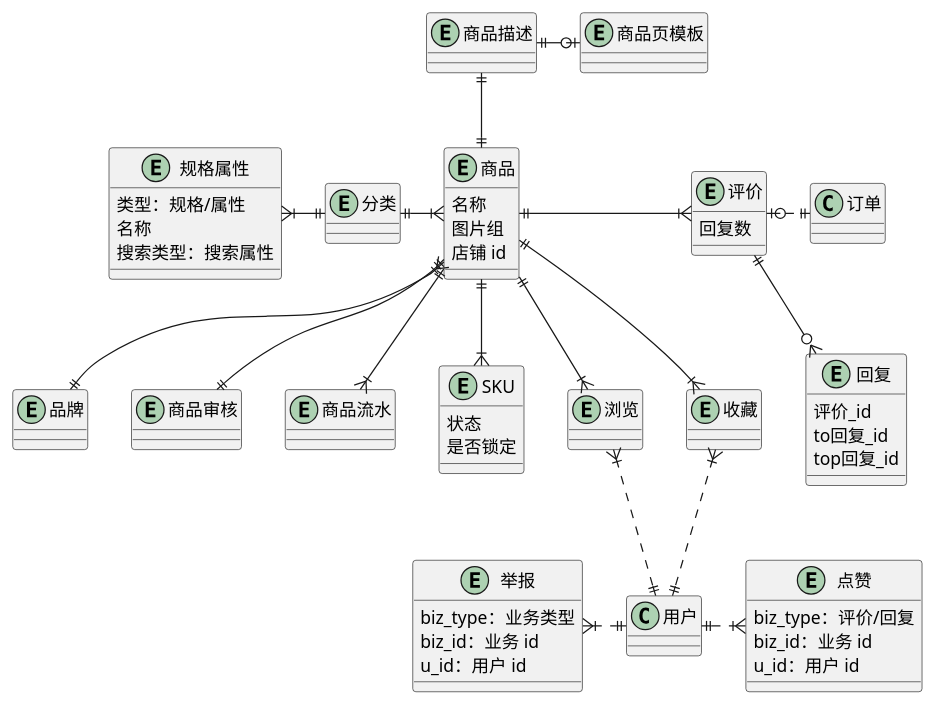
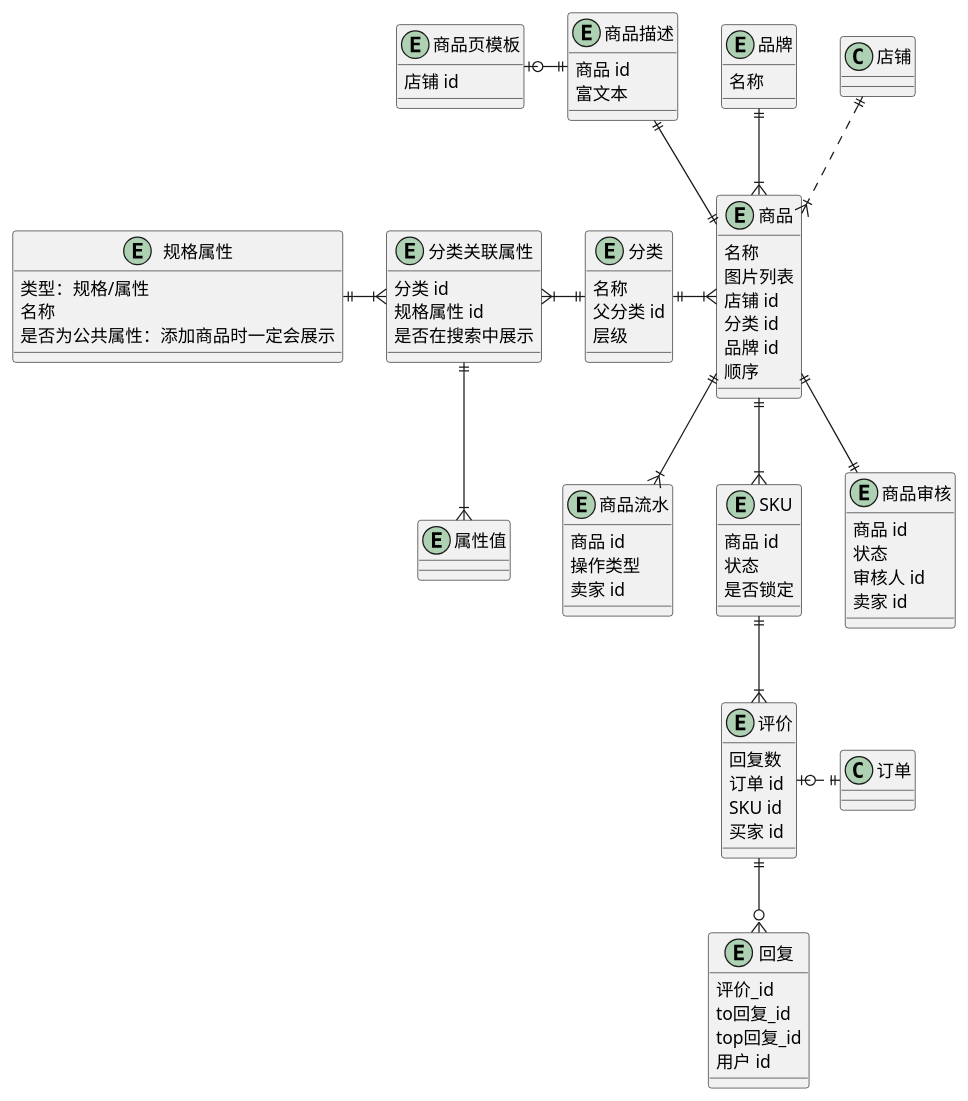
The diagram in 商品.wsd (awesomecat2020/mock-mall), drawn with PlantUML before and after one commit. The commit also changed 4 other files, not shown here.

Commit message:
modify UML

```diff
--- a/商品.wsd
+++ b/商品.wsd
@@ -1,83 +1,86 @@
-@startuml
+@startuml 商品UML
 
 entity 商品 {
     名称
-    图片组
+    图片列表
     店铺 id
+    分类 id
+    品牌 id
+    顺序
+}
+entity 分类 {
+    名称
+    父分类 id
+    层级
+}
+entity 规格属性 {
+    ' 分类不同，规则属性不同
+    类型：规格/属性
+    名称
+    是否为公共属性：添加商品时一定会展示
+}
+entity 分类关联属性 {
+    分类 id
+    规格属性 id
+    是否在搜索中展示
+}
+entity 属性值 {
 
 }
-entity 分类 {
-    
-}
-entity 规格属性 {
-    类型：规格/属性
+entity 品牌 {
     名称
-    搜索类型：搜索属性
-}
-entity 品牌 {
-
 }
 entity 商品审核 {
-
+    商品 id
+    状态
+    审核人 id
+    卖家 id
 }
 entity 商品流水 {
-
+    商品 id
+    操作类型
+    卖家 id
 }
 entity 商品描述 {
-
+    商品 id
+    富文本
 }
 entity 商品页模板 {
-
+    ' 暂不做
+    店铺 id
 }
 entity 评价 {
     回复数
+    订单 id
+    SKU id
+    买家 id
 }
 entity 回复 {
     评价_id
     to回复_id
     top回复_id
-}
-entity 点赞 {
-    biz_type：评价/回复
-    biz_id：业务 id
-    u_id：用户 id
-}
-entity 举报 {
-    biz_type：业务类型
-    biz_id：业务 id
-    u_id：用户 id
+    用户 id
 }
 entity SKU {
+    商品 id
     状态
     是否锁定
 }
-entity 浏览 {
 
-}
-entity 收藏 {
-
-}
-
-商品 }|-l-|| 分类
-分类 ||-l-|{ 规格属性
-商品 }|--|| 品牌
+店铺 ||..|{ 商品
+规格属性 ||-|{ 分类关联属性
+分类关联属性 }|-|| 分类
+分类 ||-|{ 商品
+商品 }|-u-|| 品牌
 商品 ||--|| 商品审核
 商品 ||--|{ 商品流水
 商品 ||-u-|| 商品描述
-商品描述 ||-o| 商品页模板
+商品描述 ||-l-o| 商品页模板
 商品 ||--|{ SKU
+分类关联属性 ||--|{ 属性值
 
-商品 ||-|{ 评价
+SKU ||--|{ 评价
 评价 |o.|| 订单
 评价 ||--o{ 回复
-点赞 }|.l.|| 用户
-举报 }|.|| 用户
-
-' 用户
-商品 ||--|{ 浏览
-浏览 }|..|| 用户
-商品 ||--|{ 收藏
-收藏 }|..|| 用户
-
 
 @enduml
```
